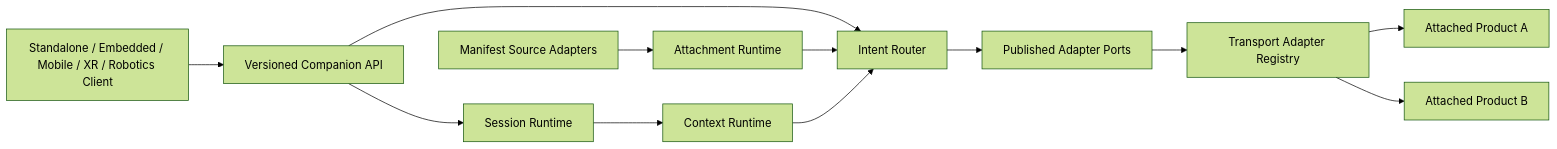
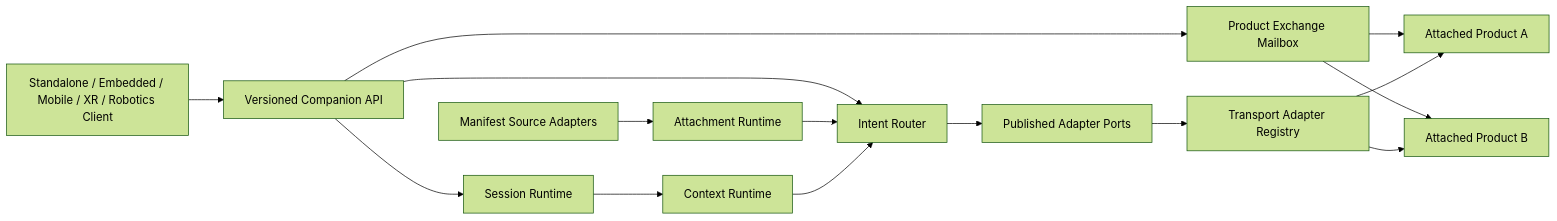
Before and after one commit to great1239/mitra-final-phase: the first of 3 diagrams in docs/ARCHITECTURE.md, drawn with Mermaid (forest theme). The commit also changed other lines of this file and 18 other files, not shown here.

Commit message:
Add attached product exchange mailbox

````diff
--- a/docs/ARCHITECTURE.md
+++ b/docs/ARCHITECTURE.md
@@ -10,26 +10,30 @@
 ```mermaid
 flowchart LR
   Client["Standalone / Embedded / Mobile / XR / Robotics Client"]
   API["Versioned Companion API"]
   Session["Session Runtime"]
   Context["Context Runtime"]
   Router["Intent Router"]
   Attach["Attachment Runtime"]
+  Exchange["Product Exchange Mailbox"]
   Ports["Published Adapter Ports"]
   Transport["Transport Adapter Registry"]
   Sources["Manifest Source Adapters"]
   ProductA["Attached Product A"]
   ProductB["Attached Product B"]
 
   Client --> API
   API --> Session
   Session --> Context
   API --> Router
   Sources --> Attach
   Attach --> Router
+  API --> Exchange
+  Exchange --> ProductA
+  Exchange --> ProductB
   Context --> Router
   Router --> Ports
   Ports --> Transport
   Transport --> ProductA
   Transport --> ProductB
 ```
````
